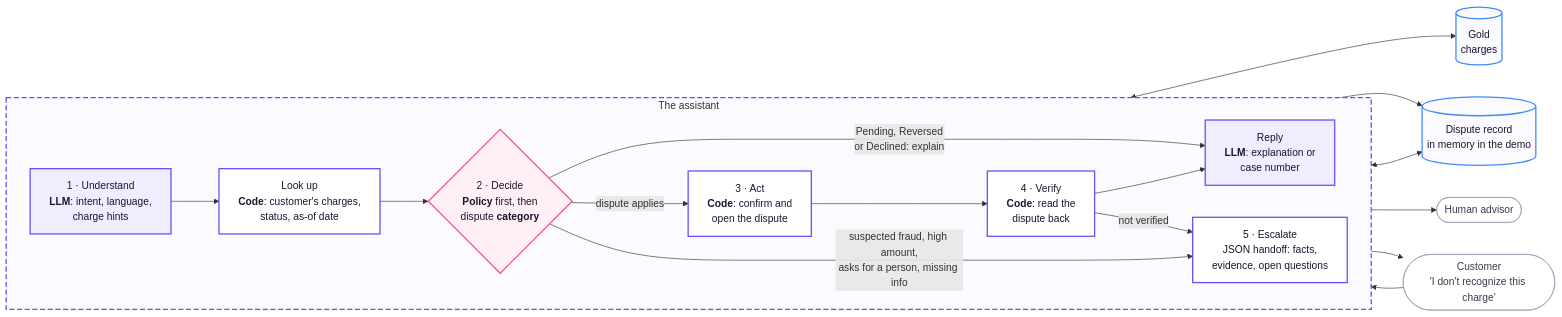
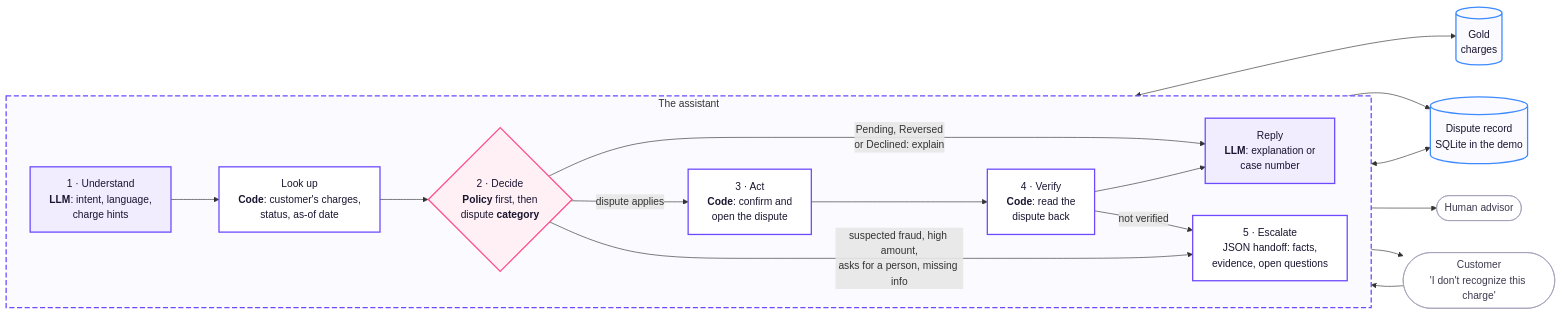
The diagram in docs/build/flows/03-flow-selection.md (rdorta27/factored-hackathon-2026-sentinel-engine), drawn with Mermaid before and after one commit. The commit also changed 6 other files, not shown here.

````diff
--- a/docs/build/flows/03-flow-selection.md
+++ b/docs/build/flows/03-flow-selection.md
@@ -110,39 +110,39 @@
 ```mermaid
 flowchart LR
     customer(["Customer<br/>'I don't recognize this charge'"])
     subgraph system["The assistant"]
         direction LR
         understand["1 · Understand<br/><b>LLM</b>: intent, language,<br/>charge hints"]
         lookup["Look up<br/><b>Code</b>: customer's charges,<br/>status, as-of date"]
         decide{"2 · Decide<br/><b>Policy</b> first, then<br/>dispute <b>category</b>"}
         act["3 · Act<br/><b>Code</b>: confirm and<br/>open the dispute"]
         verify["4 · Verify<br/><b>Code</b>: read the<br/>dispute back"]
         respond["Reply<br/><b>LLM</b>: explanation or<br/>case number"]
         handoff["5 · Escalate<br/>JSON handoff: facts,<br/>evidence, open questions"]
     end
     gold[("Gold<br/>charges")]
-    record[("Dispute record<br/>in memory in the demo")]
+    record[("Dispute record<br/>SQLite in the demo")]
     advisor(["Human advisor"])
 
     customer --> understand --> lookup --> decide
     lookup <--> gold
     decide -- "Pending, Reversed<br/>or Declined: explain" --> respond
     decide -- "dispute applies" --> act --> verify --> respond
     act --> record
     verify <--> record
     verify -- "not verified" --> handoff
     decide -- "suspected fraud, high amount,<br/>asks for a person, missing info" --> handoff --> advisor
     respond --> customer
 
     classDef ai fill:#f1edff,stroke:#6d4aff,stroke-width:2px,color:#1a1530
     classDef code fill:#ffffff,stroke:#6d4aff,stroke-width:2px,color:#1a1530
     classDef dec fill:#fff0f5,stroke:#ff4f8b,stroke-width:2px,color:#1a1530
     classDef store fill:#fbfaff,stroke:#3d8bff,stroke-width:2px,color:#1a1530
     classDef ext fill:#ffffff,stroke:#a09cb5,stroke-width:1px,color:#3d3a4f
     class understand,respond ai
     class lookup,act,verify,handoff code
     class decide dec
     class gold,record store
     class customer,advisor ext
     style system fill:#fbfaff,stroke:#6d4aff,stroke-width:2px,stroke-dasharray:8 4
 ```
````
